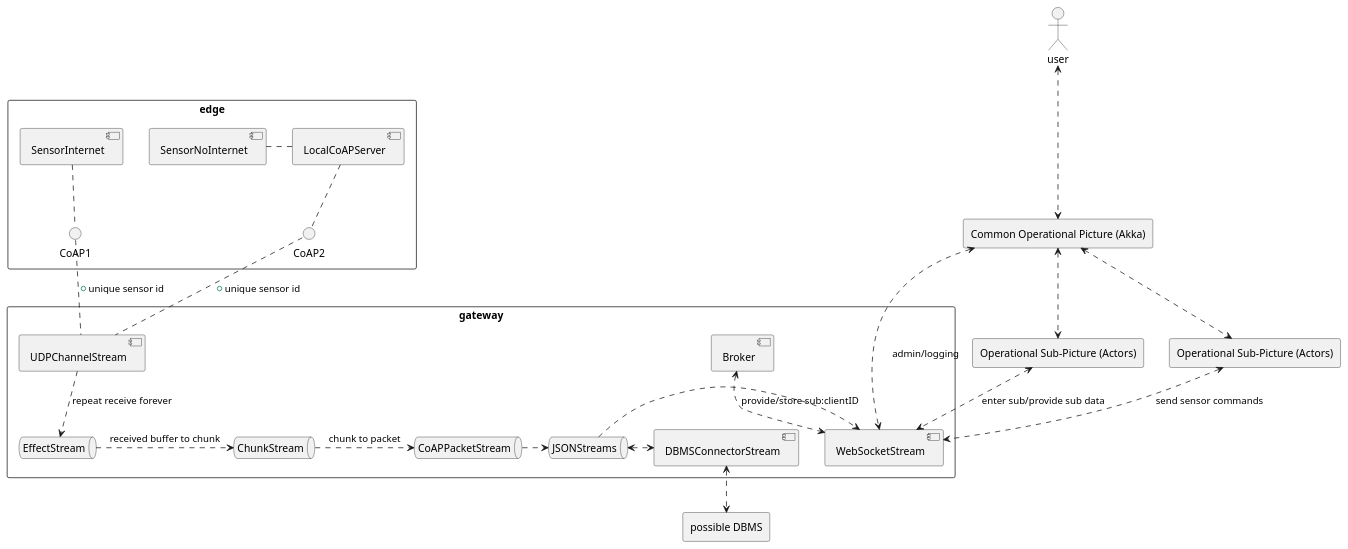
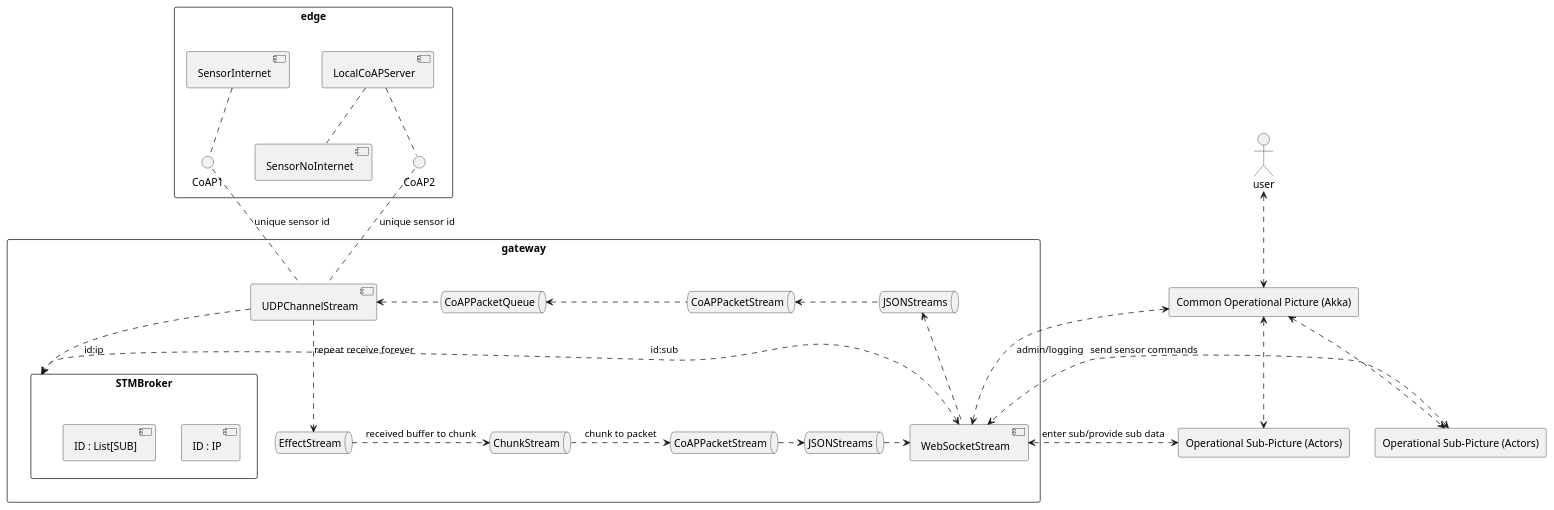
The diagram in docs/diagrams/src/system.puml (45375dfhg/ZBroker-CoAP), drawn with PlantUML before and after one commit. The commit also changed 1 other file, not shown here.

```diff
--- a/docs/diagrams/src/system.puml
+++ b/docs/diagrams/src/system.puml
@@ -1,57 +1,65 @@
 @startuml system
 
 rectangle edge {
     component LocalCoAPServer
     component SensorNoInternet
     component SensorInternet
     interface CoAP1
     interface CoAP2
 } 
 
 rectangle gateway {
+    rectangle STMBroker {
+        component "ID : IP"
+        component "ID : List[SUB]"
+    }
     component UDPChannelStream 
     queue     EffectStream
     queue     ChunkStream
-    queue     CoAPPacketStream
-    queue     JSONStreams
-    component DBMSConnectorStream
-    component Broker
+    queue     CoAPPacketStream as CPS1
+    queue     JSONStreams as JS1
+
+    queue     JSONStreams as JS2
+    queue     CoAPPacketStream as CPS2
+    queue     CoAPPacketQueue
+
     component WebSocketStream
 } 
 
-rectangle "possible DBMS" as DBMS
 
 rectangle "Common Operational Picture (Akka)" as COP
 rectangle "Operational Sub-Picture (Actors)" as OSP1
 rectangle "Operational Sub-Picture (Actors)" as OSP2
 
 actor user
 
-CoAP1 .down. UDPChannelStream : +unique sensor id
-CoAP2 .down. UDPChannelStream : +unique sensor id
+CoAP1 .. UDPChannelStream : unique sensor id
+CoAP2 .. UDPChannelStream : unique sensor id
 
-LocalCoAPServer .left. SensorNoInternet
-SensorInternet  .down. CoAP1
-LocalCoAPServer .down. CoAP2
+LocalCoAPServer .. SensorNoInternet
+SensorInternet  .. CoAP1
+LocalCoAPServer .. CoAP2
 
-UDPChannelStream .down.> EffectStream : repeat receive forever
-EffectStream     .right.> ChunkStream : received buffer to chunk
-ChunkStream      .right.> CoAPPacketStream : chunk to packet
-CoAPPacketStream .right.> JSONStreams
+UDPChannelStream .down.>   EffectStream : repeat receive forever
+EffectStream     .right.>  ChunkStream : received buffer to chunk
+ChunkStream      .right.>  CPS1 : chunk to packet
+CPS1             .right.>  JS1
+JS1              .right.>  WebSocketStream
 
-JSONStreams .right.> WebSocketStream
-JSONStreams <.> DBMSConnectorStream
+WebSocketStream  .up.>     JS2
+JS2              .left.>   CPS2
+CPS2             .left.>   CoAPPacketQueue
+CoAPPacketQueue  .left.>   UDPChannelStream
 
-Broker <.down.> WebSocketStream : provide/store sub:clientID
+STMBroker        <.left.> WebSocketStream : id:sub
+UDPChannelStream .right.>   STMBroker : id:ip
 
-DBMSConnectorStream <..> DBMS
+OSP1 <.> WebSocketStream : enter sub/provide sub data
+OSP2 <.> WebSocketStream : send sensor commands
 
-OSP1 <..> WebSocketStream : enter sub/provide sub data
-OSP2 <..> WebSocketStream : send sensor commands
-
-user <...> COP
+user <..> COP
 COP  <..> WebSocketStream : admin/logging
 COP  <..> OSP1
 COP  <..> OSP2
 
 @enduml
```
